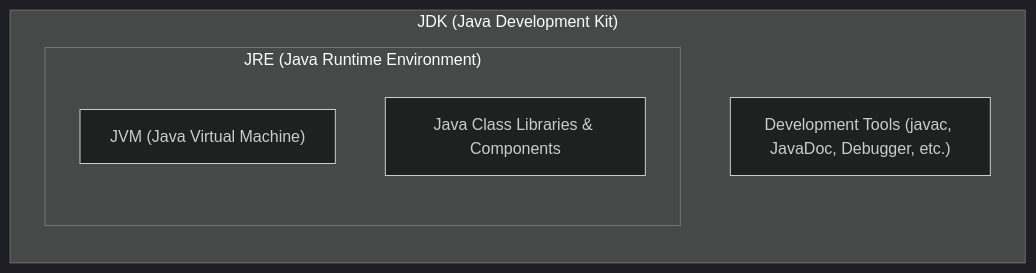
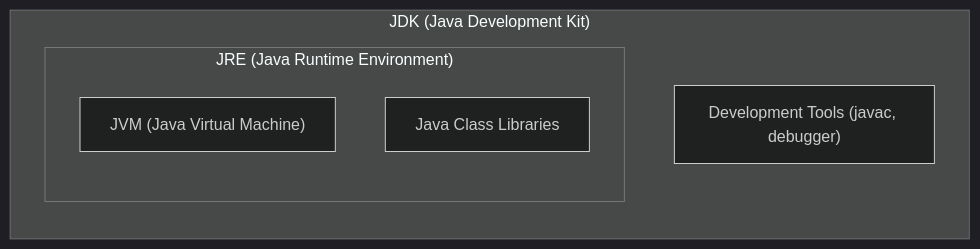
The third of 3 diagrams in markdown/m20was/Java 25/01_introduction.md (m20was/Analytics), drawn with Mermaid (dark theme) before and after one commit. The commit also changed other lines of this file and 4 other files, not shown here.

````diff
--- a/markdown/m20was/Java 25/01_introduction.md
+++ b/markdown/m20was/Java 25/01_introduction.md
@@ -56,12 +40,12 @@
 ```mermaid
 flowchart TB
     subgraph JDK ["JDK (Java Development Kit)"]
         direction TB
         subgraph JRE ["JRE (Java Runtime Environment)"]
             direction TB
             JVM["JVM (Java Virtual Machine)"]
-            Libraries["Java Class Libraries & Components"]
+            Libraries["Java Class Libraries"]
         end
-        DevTools["Development Tools (javac, JavaDoc, Debugger, etc.)"]
+        DevTools["Development Tools (javac, debugger)"]
     end
 ```
````
